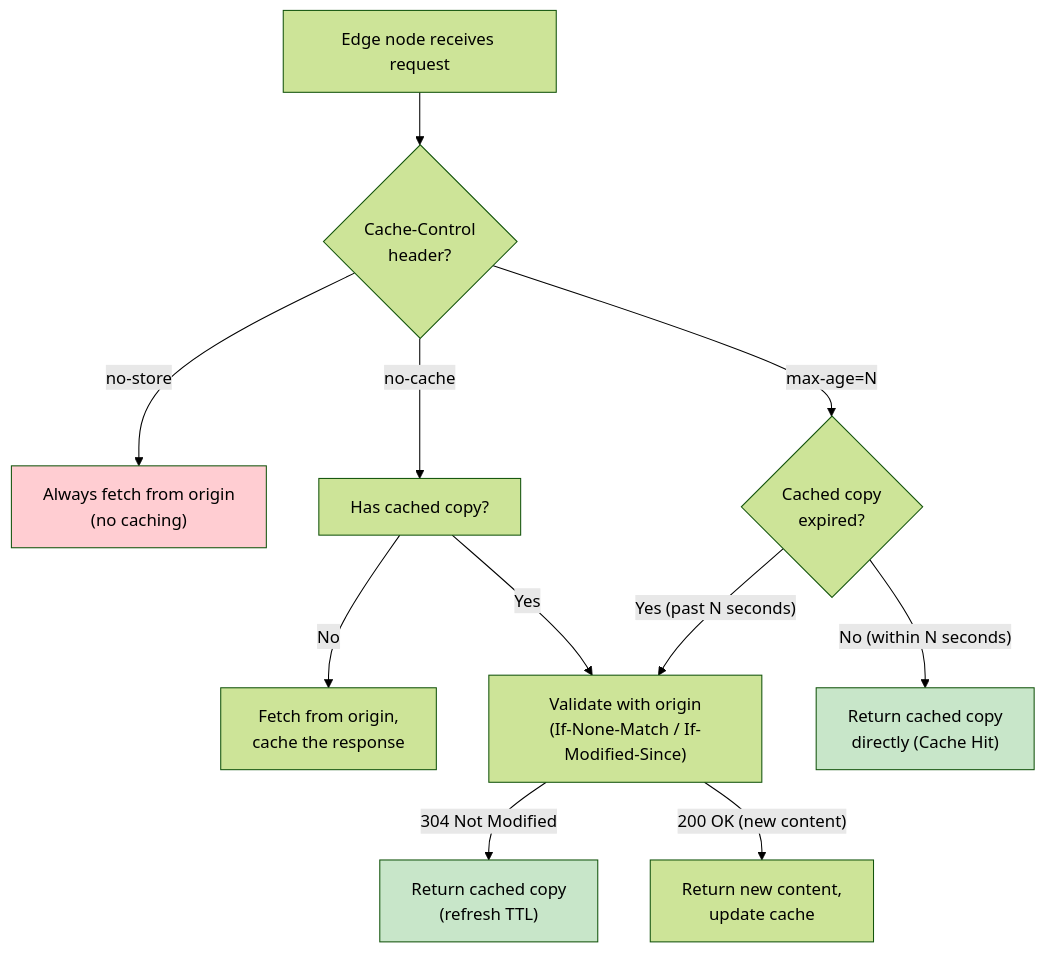
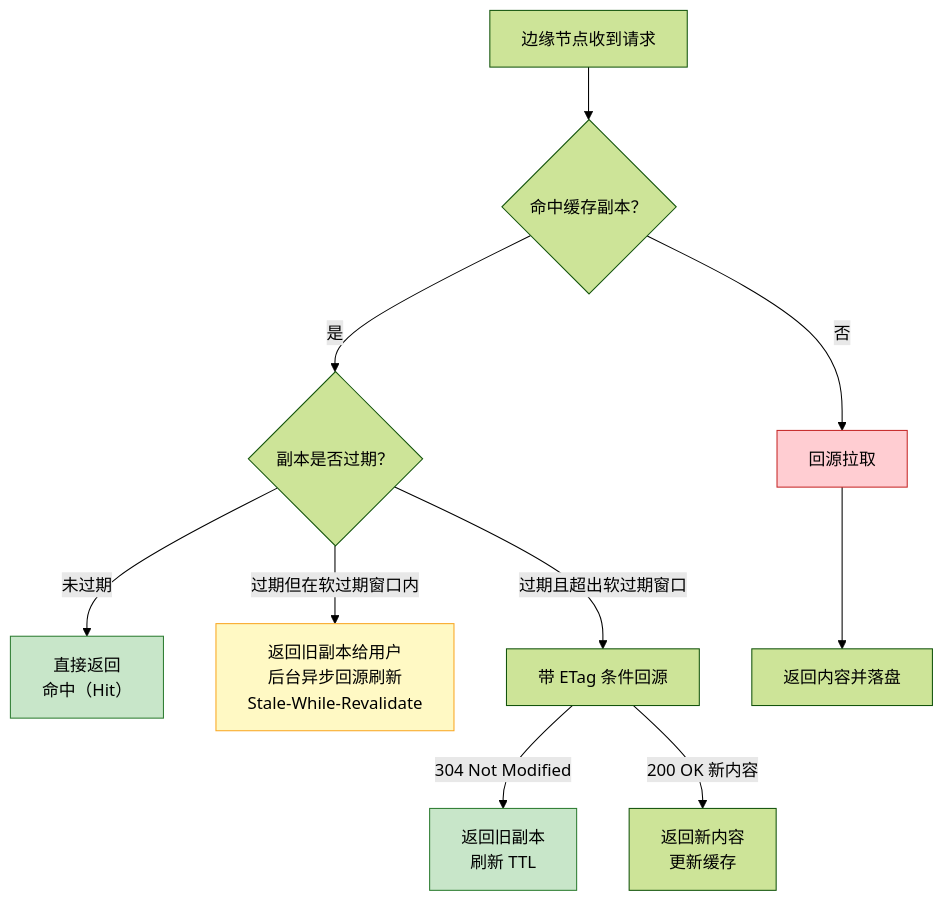
One commit to caozhiyi/network-book changed the third of 4 diagrams in docs/25.把内容推到用户身边CDN与边缘节点.md. Above: the diagram before and after it, drawn with Mermaid (forest theme). The commit also changed other lines of this file and 36 other files, not shown here.

````diff
--- a/docs/25.把内容推到用户身边CDN与边缘节点.md
+++ b/docs/25.把内容推到用户身边CDN与边缘节点.md
@@ -151,17 +126,17 @@
 ```mermaid
 graph TD
-    A["Edge node receives request"] --> B{"Cache-Control<br/>header?"}
-    B -->|"no-store"| C["Always fetch from origin<br/>(no caching)"]
-    B -->|"no-cache"| D["Has cached copy?"]
-    D -->|No| E["Fetch from origin,<br/>cache the response"]
-    D -->|Yes| F["Validate with origin<br/>(If-None-Match / If-Modified-Since)"]
-    F -->|"304 Not Modified"| G["Return cached copy<br/>(refresh TTL)"]
-    F -->|"200 OK (new content)"| H["Return new content,<br/>update cache"]
-    B -->|"max-age=N"| I{"Cached copy<br/>expired?"}
-    I -->|"No (within N seconds)"| J["Return cached copy<br/>directly (Cache Hit)"]
-    I -->|"Yes (past N seconds)"| F
+    A["边缘节点收到请求"] --> B{"命中缓存副本？"}
+    B -->|"是"| C{"副本是否过期？"}
+    B -->|"否"| G["回源拉取"]
+    C -->|"未过期"| D["直接返回<br/>命中（Hit）"]
+    C -->|"过期但在软过期窗口内"| E["返回旧副本给用户<br/>后台异步回源刷新<br/>Stale-While-Revalidate"]
+    C -->|"过期且超出软过期窗口"| F["带 ETag 条件回源"]
+    F -->|"304 Not Modified"| H["返回旧副本<br/>刷新 TTL"]
+    F -->|"200 OK 新内容"| I["返回新内容<br/>更新缓存"]
+    G --> J["返回内容并落盘"]
 
-    style C fill:#ffcdd2
-    style J fill:#c8e6c9
-    style G fill:#c8e6c9
+    style D fill:#c8e6c9,stroke:#2e7d32
+    style E fill:#fff9c4,stroke:#f9a825
+    style H fill:#c8e6c9,stroke:#2e7d32
+    style G fill:#ffcdd2,stroke:#c62828
 ```
````
